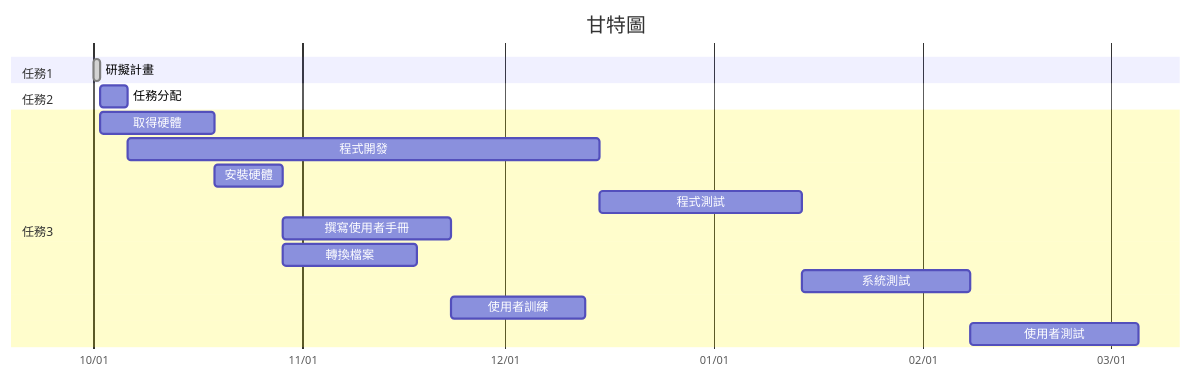
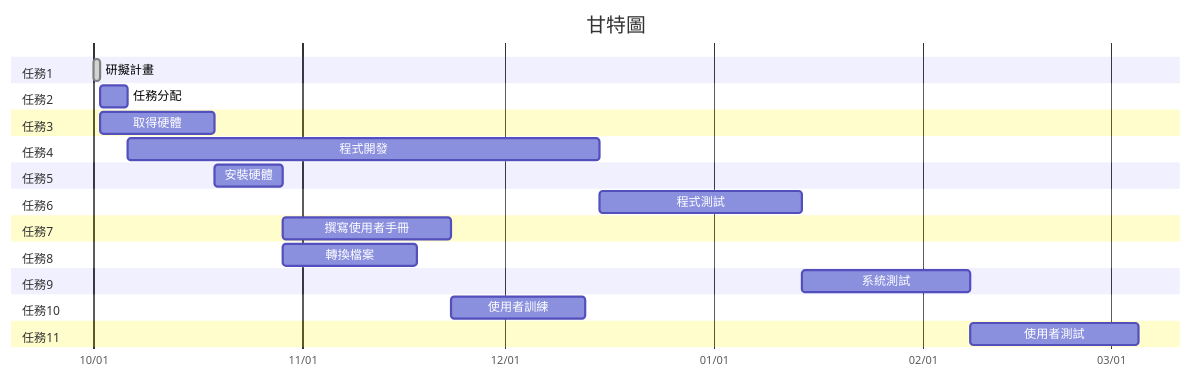
Before and after one commit to DishEight/hw2: the diagram in README.md, drawn with Mermaid. The commit also changed other lines of this file, not shown here.

````diff
--- a/README.md
+++ b/README.md
@@ -29,22 +3,29 @@
 ```mermaid
 gantt
     title 甘特圖
     dateFormat  YYYY-MM-DD
     axisFormat  %m/%d
 
     section 任務1
     研擬計畫: done,  t1, 2024-10-01, 1d
     section 任務2
     任務分配: t2, after t1, 4d
     section 任務3
     取得硬體: t3, after t1, 17d
-    section 任務3
+    section 任務4
     程式開發: t4, after t2, 70d
+    section 任務5
     安裝硬體: t5, after t3, 10d
+    section 任務6
     程式測試: t6, after t4, 30d
+    section 任務7
     撰寫使用者手冊: t7, after t5, 25d
+    section 任務8
     轉換檔案: t8, after t5, 20d
+    section 任務9
     系統測試: t9, after t6, 25d
+    section 任務10
     使用者訓練: t10, after t7, 20d
+    section 任務11
     使用者測試: t11, after t9, 25d
 ```
````
